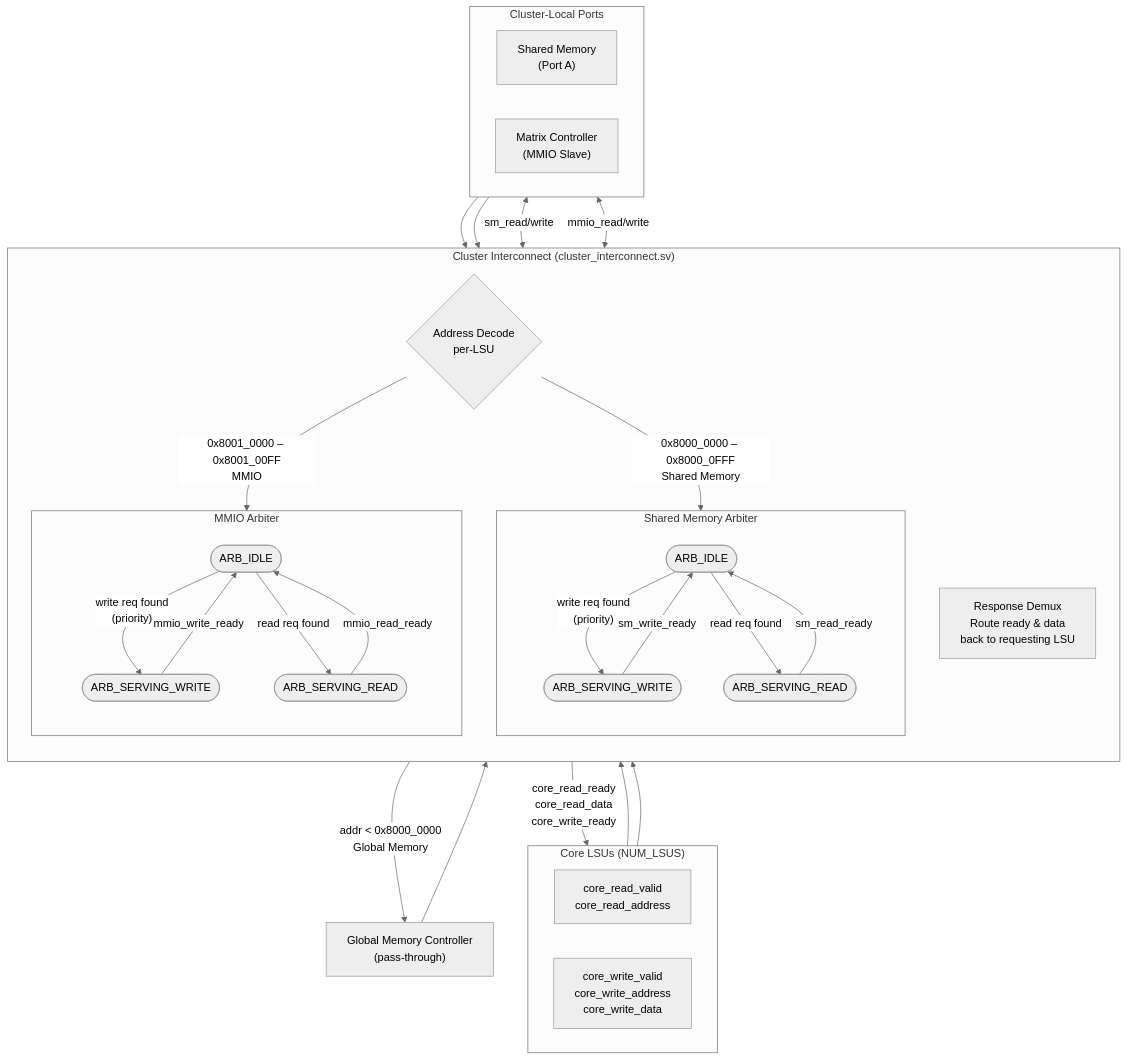
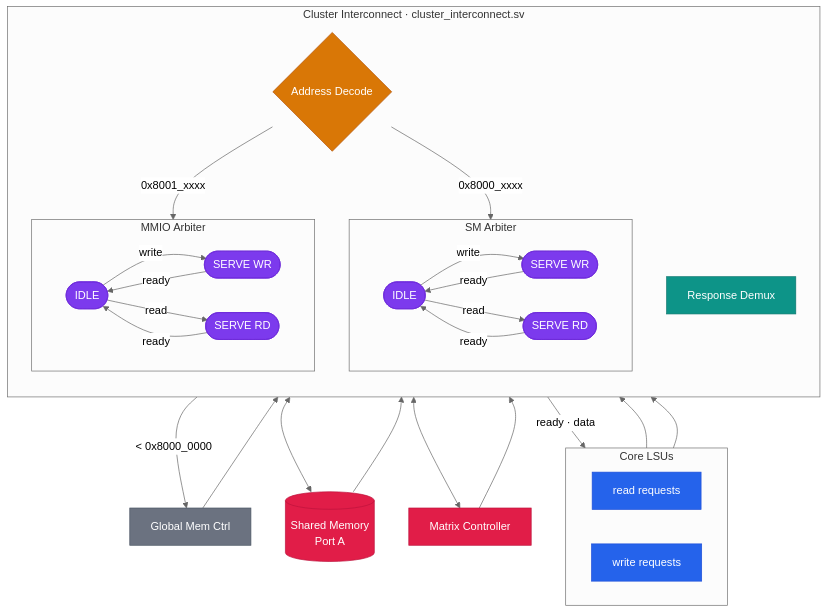
The eighth of 10 diagrams in README.md (1arka02/mini_virgo), drawn with Mermaid (neutral theme) before and after one commit. The commit also changed other lines of this file and 9 other files, not shown here.

````diff
--- a/README.md
+++ b/README.md
@@ -470,59 +431,59 @@
 ```mermaid
 flowchart TB
-    subgraph CoreLSUs ["Core LSUs (NUM_LSUS)"]
+    classDef input fill:#2563eb,stroke:#1d4ed8,color:#fff
+    classDef decode fill:#d97706,stroke:#b45309,color:#fff
+    classDef arb fill:#7c3aed,stroke:#6d28d9,color:#fff
+    classDef dest fill:#e11d48,stroke:#be123c,color:#fff
+    classDef demux fill:#0d9488,stroke:#0f766e,color:#fff
+    classDef ext fill:#6b7280,stroke:#4b5563,color:#fff
+
+    subgraph CoreLSUs [" Core LSUs "]
         direction LR
-        RReq["core_read_valid<br/>core_read_address"]
-        WReq["core_write_valid<br/>core_write_address<br/>core_write_data"]
+        RReq["read requests"]:::input
+        WReq["write requests"]:::input
     end
 
-    subgraph Interconnect ["Cluster Interconnect (cluster_interconnect.sv)"]
+    subgraph Interconnect ["Cluster Interconnect  ·  cluster_interconnect.sv"]
         direction TB
 
-        AddrDecode{"Address Decode<br/>per-LSU"}
+        AddrDecode{"Address Decode"}:::decode
 
-        subgraph SMArb ["Shared Memory Arbiter"]
-            direction TB
-            SM_IDLE(["ARB_IDLE"])
-            SM_SR(["ARB_SERVING_READ"])
-            SM_SW(["ARB_SERVING_WRITE"])
-            SM_IDLE -->|"write req found<br/>(priority)"| SM_SW
-            SM_IDLE -->|"read req found"| SM_SR
-            SM_SR -->|"sm_read_ready"| SM_IDLE
-            SM_SW -->|"sm_write_ready"| SM_IDLE
+        subgraph SMArb [" SM Arbiter "]
+            direction LR
+            SM_IDLE(["IDLE"]):::arb
+            SM_SR(["SERVE RD"]):::arb
+            SM_SW(["SERVE WR"]):::arb
+            SM_IDLE -->|"write"| SM_SW
+            SM_IDLE -->|"read"| SM_SR
+            SM_SR & SM_SW -->|"ready"| SM_IDLE
         end
 
-        subgraph MMIOArb ["MMIO Arbiter"]
-            direction TB
-            MM_IDLE(["ARB_IDLE"])
-            MM_SR(["ARB_SERVING_READ"])
-            MM_SW(["ARB_SERVING_WRITE"])
-            MM_IDLE -->|"write req found<br/>(priority)"| MM_SW
-            MM_IDLE -->|"read req found"| MM_SR
-            MM_SR -->|"mmio_read_ready"| MM_IDLE
-            MM_SW -->|"mmio_write_ready"| MM_IDLE
+        subgraph MMIOArb [" MMIO Arbiter "]
+            direction LR
+            MM_IDLE(["IDLE"]):::arb
+            MM_SR(["SERVE RD"]):::arb
+            MM_SW(["SERVE WR"]):::arb
+            MM_IDLE -->|"write"| MM_SW
+            MM_IDLE -->|"read"| MM_SR
+            MM_SR & MM_SW -->|"ready"| MM_IDLE
         end
 
-        Demux["Response Demux<br/>Route ready & data<br/>back to requesting LSU"]
+        Demux["Response Demux"]:::demux
     end
 
-    RReq --> AddrDecode
-    WReq --> AddrDecode
+    RReq & WReq --> AddrDecode
 
-    AddrDecode -->|"addr < 0x8000_0000<br/>Global Memory"| ExtMem["Global Memory Controller<br/>(pass-through)"]
-    AddrDecode -->|"0x8000_0000 – 0x8000_0FFF<br/>Shared Memory"| SMArb
-    AddrDecode -->|"0x8001_0000 – 0x8001_00FF<br/>MMIO"| MMIOArb
+    ExtMem["Global Mem Ctrl"]:::ext
+    SM[("Shared Memory\nPort A")]:::dest
+    MMIO["Matrix Controller"]:::dest
 
-    subgraph Destinations ["Cluster-Local Ports"]
-        direction LR
-        SM["Shared Memory<br/>(Port A)"]
-        MMIO["Matrix Controller<br/>(MMIO Slave)"]
-    end
+    AddrDecode -->|"< 0x8000_0000"| ExtMem
+    AddrDecode -->|"0x8000_xxxx"| SMArb
+    AddrDecode -->|"0x8001_xxxx"| MMIOArb
 
-    SMArb <-->|"sm_read/write"| SM
-    MMIOArb <-->|"mmio_read/write"| MMIO
+    SMArb <--> SM
+    MMIOArb <--> MMIO
 
-    SM --> Demux
-    MMIO --> Demux
-    ExtMem --> Demux
-    Demux -->|"core_read_ready<br/>core_read_data<br/>core_write_ready"| CoreLSUs
+    SM & MMIO & ExtMem --> Demux
+    Demux -->|"ready · data"| CoreLSUs
 ```
````
